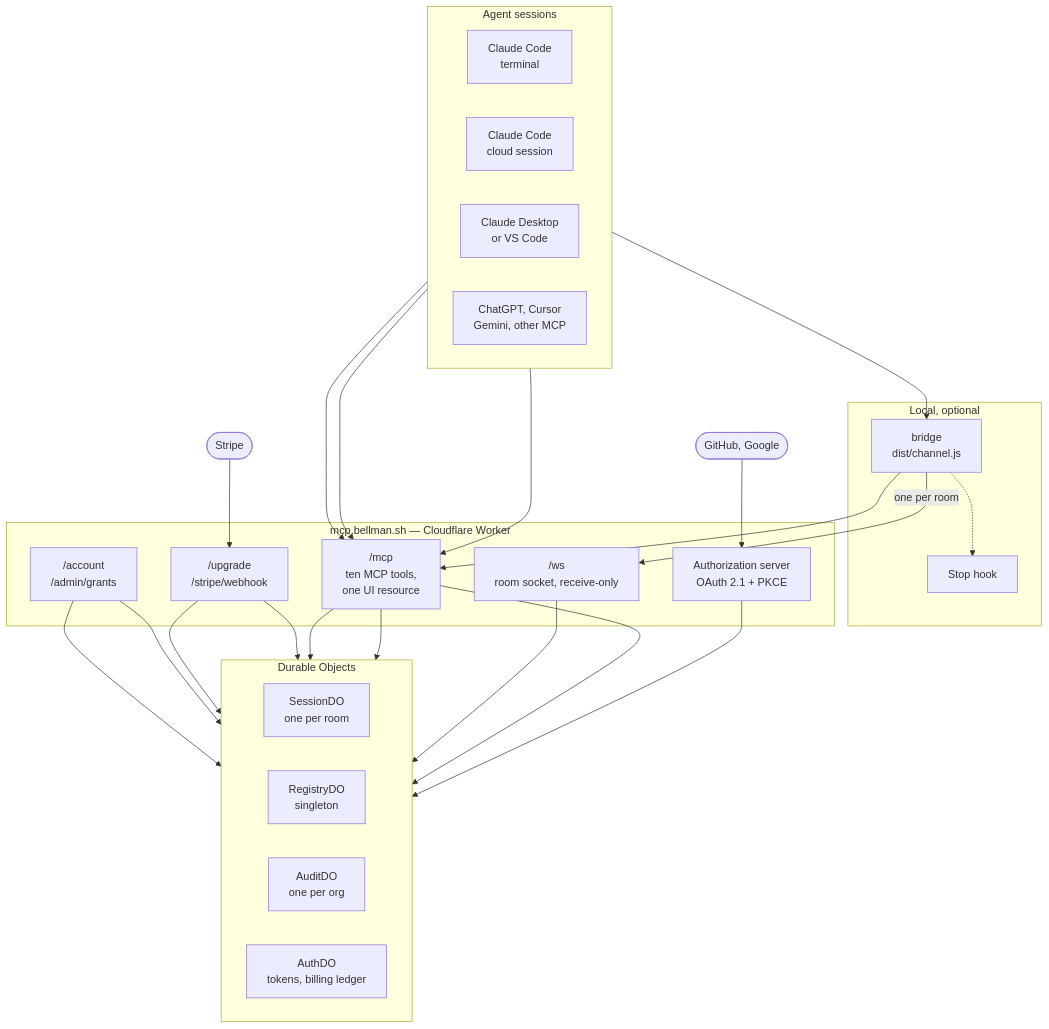
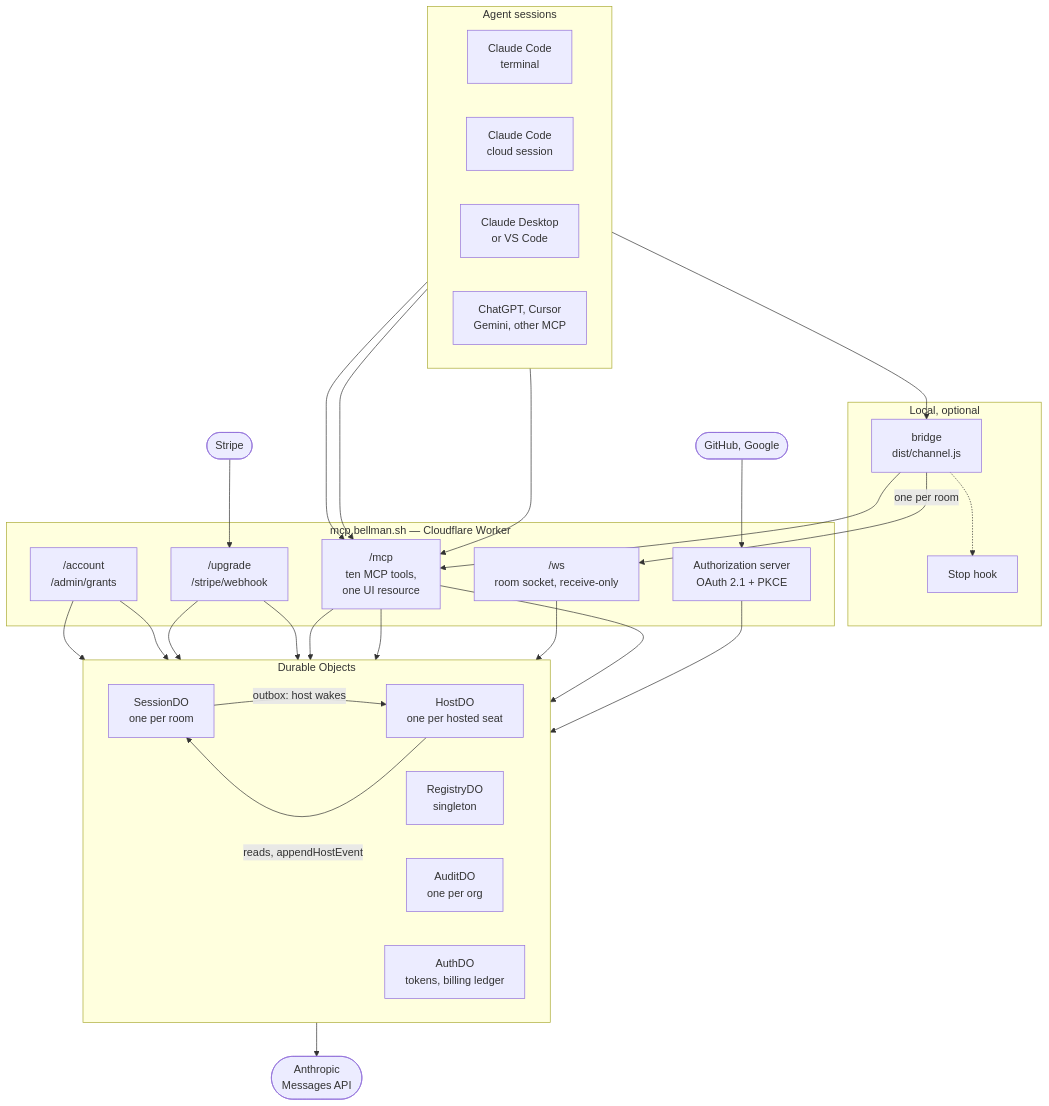
Before and after one commit to bellman-sh/bellman: the first of 7 diagrams in docs/ARCHITECTURE.md, drawn with Mermaid. The commit also changed other lines of this file and 6 other files, not shown here.

Commit message:
docs: the hosted seat, its meter and its weights; ADR 0002 and a canvas skill (#188, #189)

````diff
--- a/docs/ARCHITECTURE.md
+++ b/docs/ARCHITECTURE.md
@@ -49,52 +49,56 @@
 ```mermaid
 flowchart TB
     subgraph surfaces["Agent sessions"]
         direction LR
         CCT["Claude Code<br/>terminal"]
         CCC["Claude Code<br/>cloud session"]
         DESK["Claude Desktop<br/>or VS Code"]
         OTHER["ChatGPT, Cursor<br/>Gemini, other MCP"]
     end
 
     subgraph local["Local, optional"]
         BRIDGE["bridge<br/>dist/channel.js"]
         HOOK["Stop hook"]
     end
 
     subgraph edge["mcp.bellman.sh — Cloudflare Worker"]
         AS["Authorization server<br/>OAuth 2.1 + PKCE"]
         MCP["/mcp<br/>ten MCP tools,<br/>one UI resource"]
         WS["/ws<br/>room socket, receive-only"]
         BILL["/upgrade<br/>/stripe/webhook"]
         ADMIN["/account<br/>/admin/grants"]
     end
 
     subgraph store["Durable Objects"]
         direction LR
         SDO["SessionDO<br/>one per room"]
         RDO["RegistryDO<br/>singleton"]
         ADO["AuditDO<br/>one per org"]
         AUTH["AuthDO<br/>tokens, billing ledger"]
+        HDO["HostDO<br/>one per hosted seat"]
     end
 
     CCT --> BRIDGE
     BRIDGE --> MCP
     BRIDGE -->|"one per room"| WS
     BRIDGE -.-> HOOK
     CCC --> MCP
     DESK --> MCP
     OTHER --> MCP
 
     AS --> AUTH
     MCP --> SDO
     WS --> SDO
     MCP --> RDO
     MCP --> ADO
     BILL --> AUTH
     BILL --> RDO
     ADMIN --> RDO
     ADMIN --> ADO
+    SDO -->|"outbox: host wakes"| HDO
+    HDO -->|"reads, appendHostEvent"| SDO
+    HDO --> MODEL(["Anthropic<br/>Messages API"])
 
     STRIPE(["Stripe"]) --> BILL
     IDP(["GitHub, Google"]) --> AS
 ```
````
